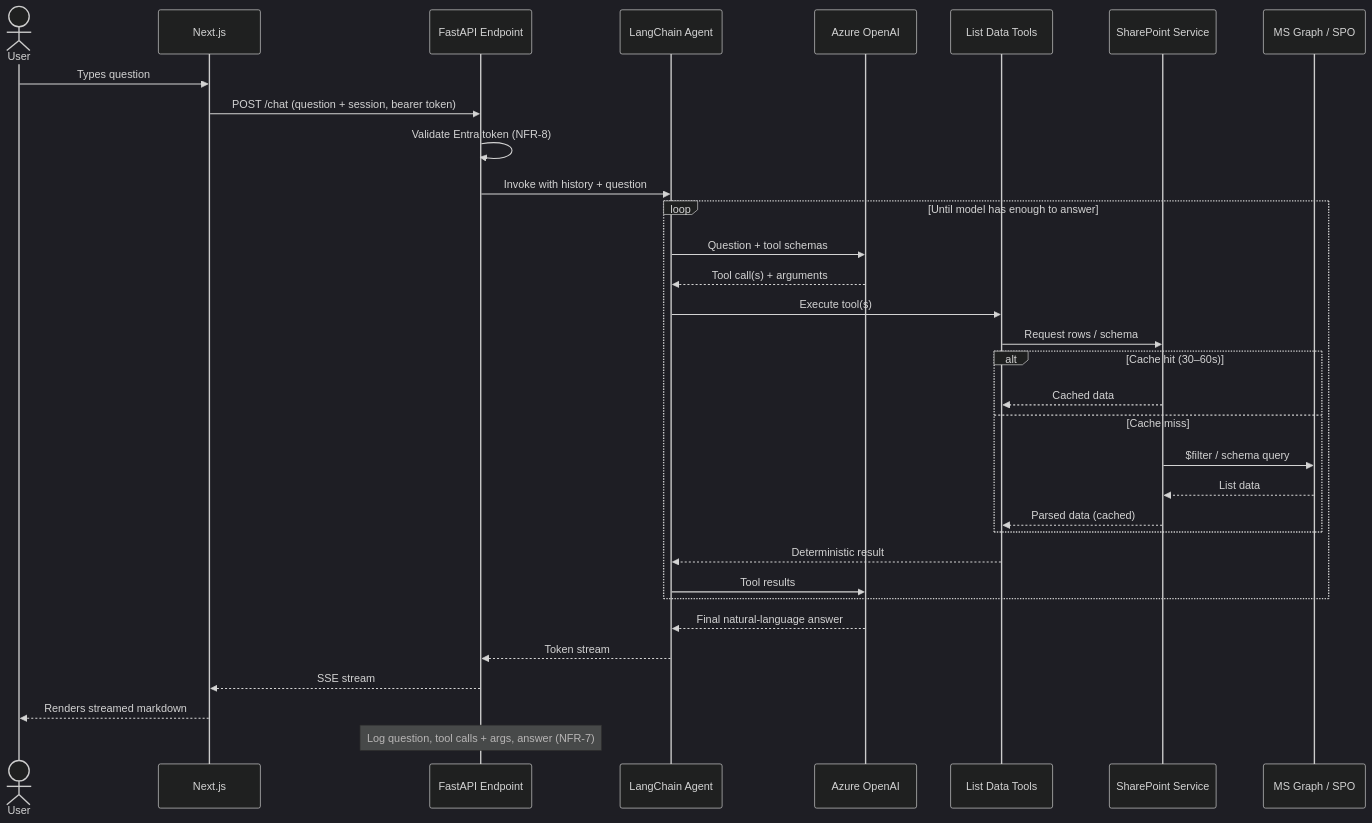
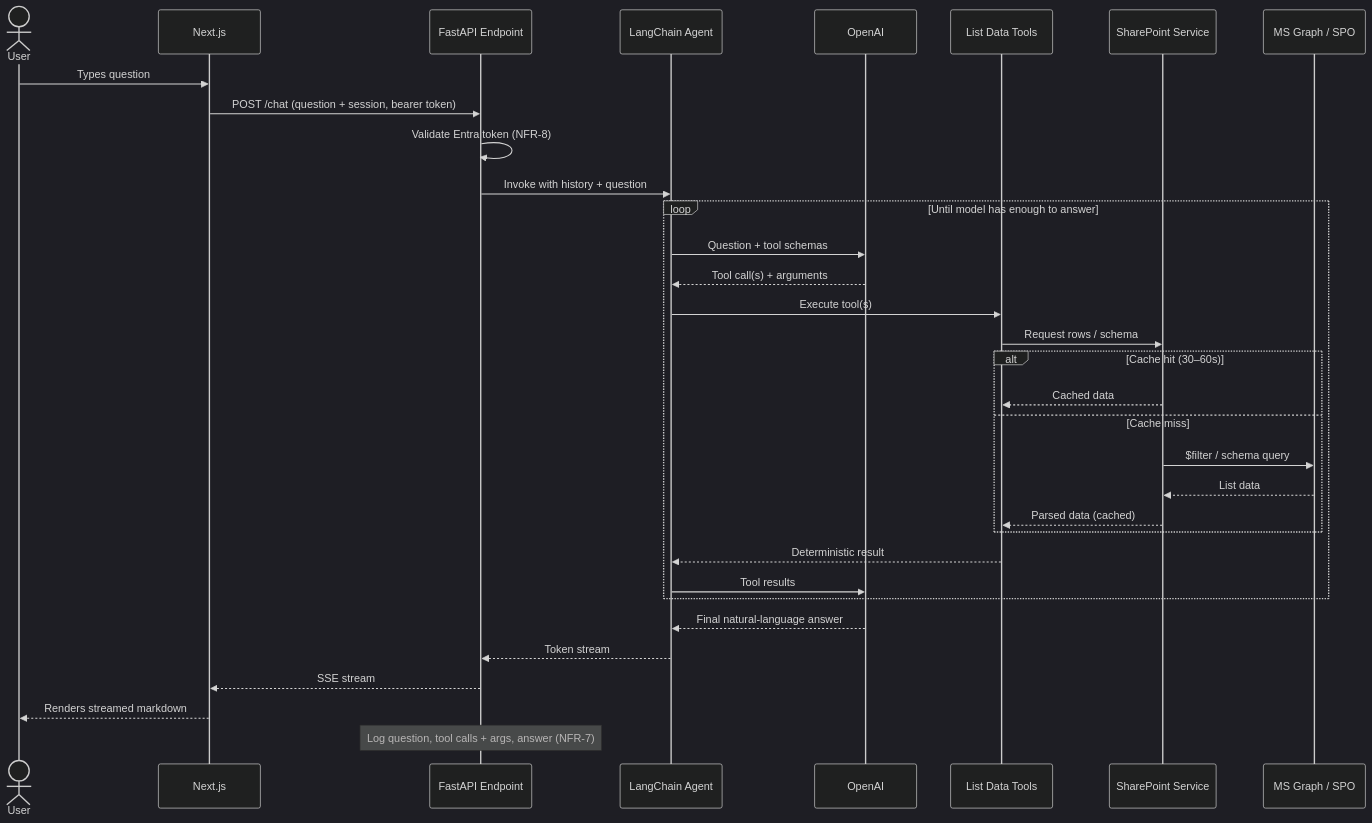
The second of 3 diagrams in docs/Architecture-SharePoint-List-AI-Assistant.md (fiqriismail/arctellis), drawn with Mermaid (dark theme) before and after one commit. The commit also changed other lines of this file and 6 other files, not shown here.

Commit message:
chore: switch LLM from Azure OpenAI to OpenAI — update docs, config, and tests

````diff
--- a/docs/Architecture-SharePoint-List-AI-Assistant.md
+++ b/docs/Architecture-SharePoint-List-AI-Assistant.md
@@ -147,38 +147,38 @@
 ```mermaid
 sequenceDiagram
     actor User
     participant FE as Next.js
     participant API as FastAPI Endpoint
     participant Agent as LangChain Agent
-    participant LLM as Azure OpenAI
+    participant LLM as OpenAI
     participant Tools as List Data Tools
     participant SP as SharePoint Service
     participant Graph as MS Graph / SPO
 
     User->>FE: Types question
     FE->>API: POST /chat (question + session, bearer token)
     API->>API: Validate Entra token (NFR-8)
     API->>Agent: Invoke with history + question
 
     loop Until model has enough to answer
         Agent->>LLM: Question + tool schemas
         LLM-->>Agent: Tool call(s) + arguments
         Agent->>Tools: Execute tool(s)
         Tools->>SP: Request rows / schema
         alt Cache hit (30–60s)
             SP-->>Tools: Cached data
         else Cache miss
             SP->>Graph: $filter / schema query
             Graph-->>SP: List data
             SP-->>Tools: Parsed data (cached)
         end
         Tools-->>Agent: Deterministic result
         Agent->>LLM: Tool results
     end
 
     LLM-->>Agent: Final natural-language answer
     Agent-->>API: Token stream
     API-->>FE: SSE stream
     FE-->>User: Renders streamed markdown
     Note over API: Log question, tool calls + args, answer (NFR-7)
 ```
````
